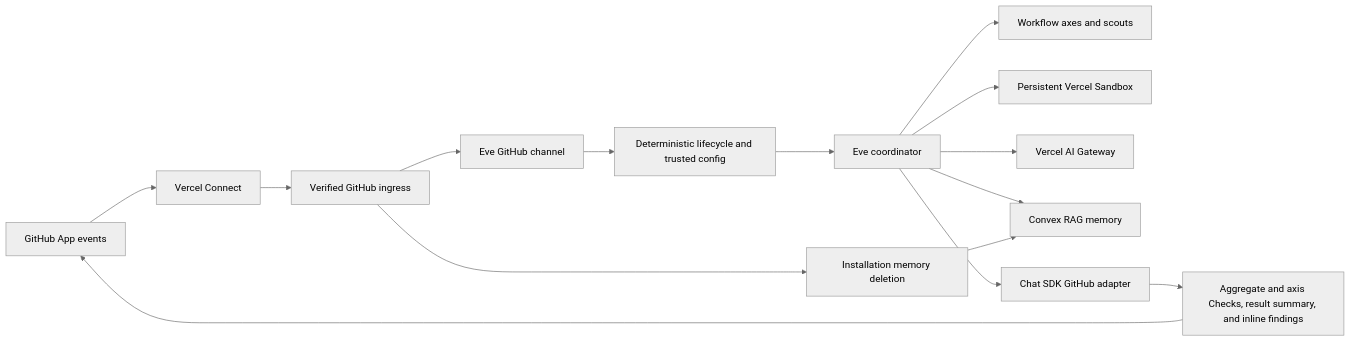
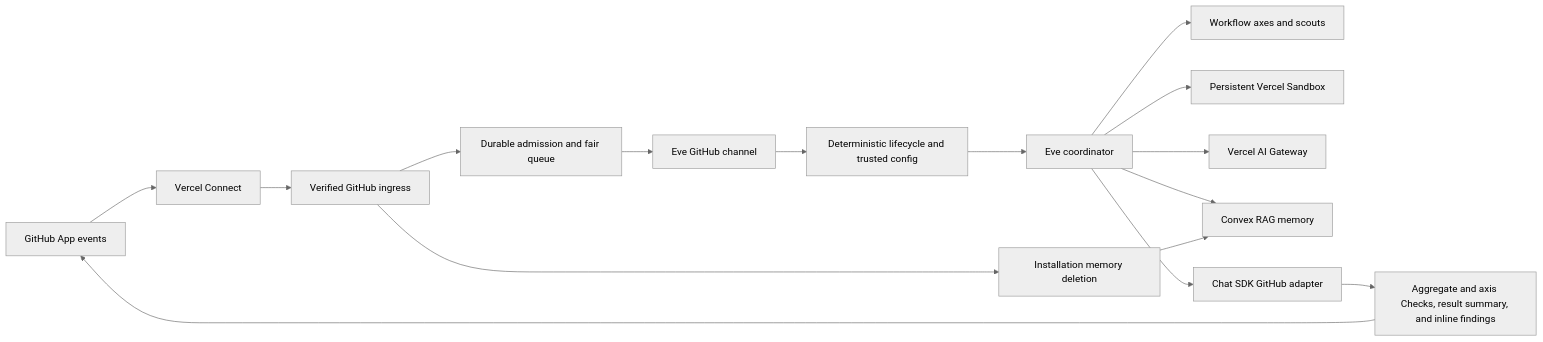
The diagram in docs/architecture.md (frostney/slop-sheriff), drawn with Mermaid (neutral theme) before and after one commit. The commit also changed other lines of this file and 91 other files, not shown here.

````diff
--- a/docs/architecture.md
+++ b/docs/architecture.md
@@ -5,17 +5,18 @@
 ```mermaid
 flowchart LR
   GH["GitHub App events"] --> VC["Vercel Connect"]
   VC --> GI["Verified GitHub ingress"]
-  GI --> EC["Eve GitHub channel"]
+  GI --> DQ["Durable admission and fair queue"]
+  DQ --> EC["Eve GitHub channel"]
   GI --> MD["Installation memory deletion"]
   EC --> LC["Deterministic lifecycle and trusted config"]
   LC --> ER["Eve coordinator"]
   ER --> WF["Workflow axes and scouts"]
   ER --> VS["Persistent Vercel Sandbox"]
   ER --> AG["Vercel AI Gateway"]
   ER --> CM["Convex RAG memory"]
   MD --> CM
   ER --> CS["Chat SDK GitHub adapter"]
   CS --> CR["Aggregate and axis Checks, result summary, and inline findings"]
   CR --> GH
 ```
````
